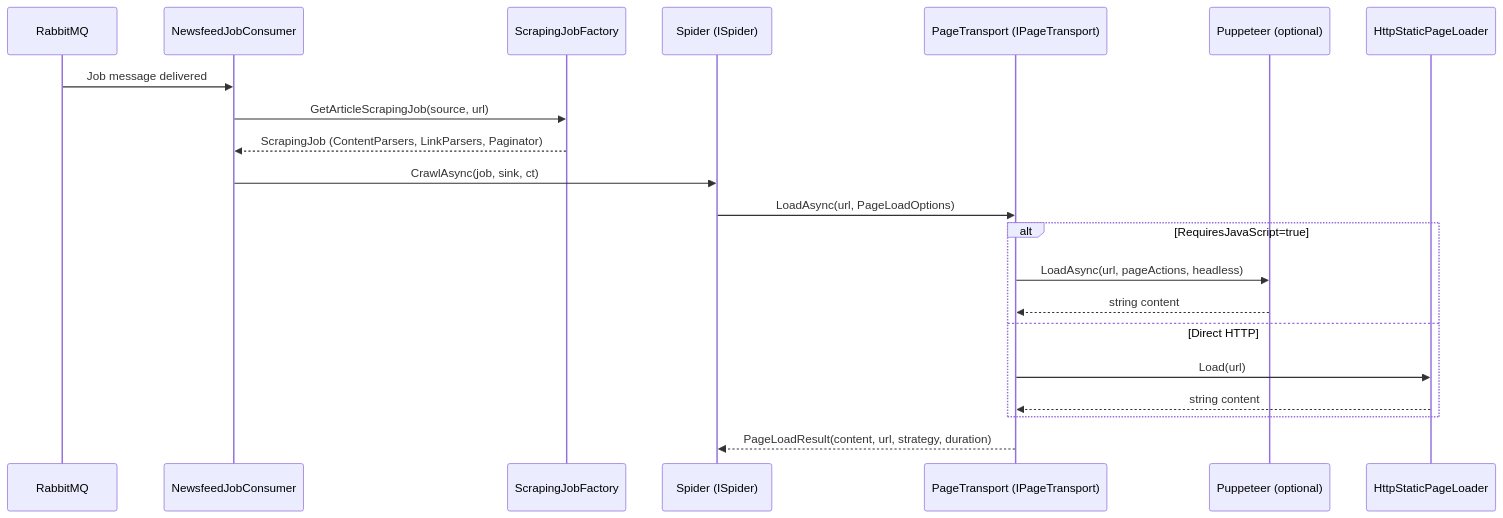
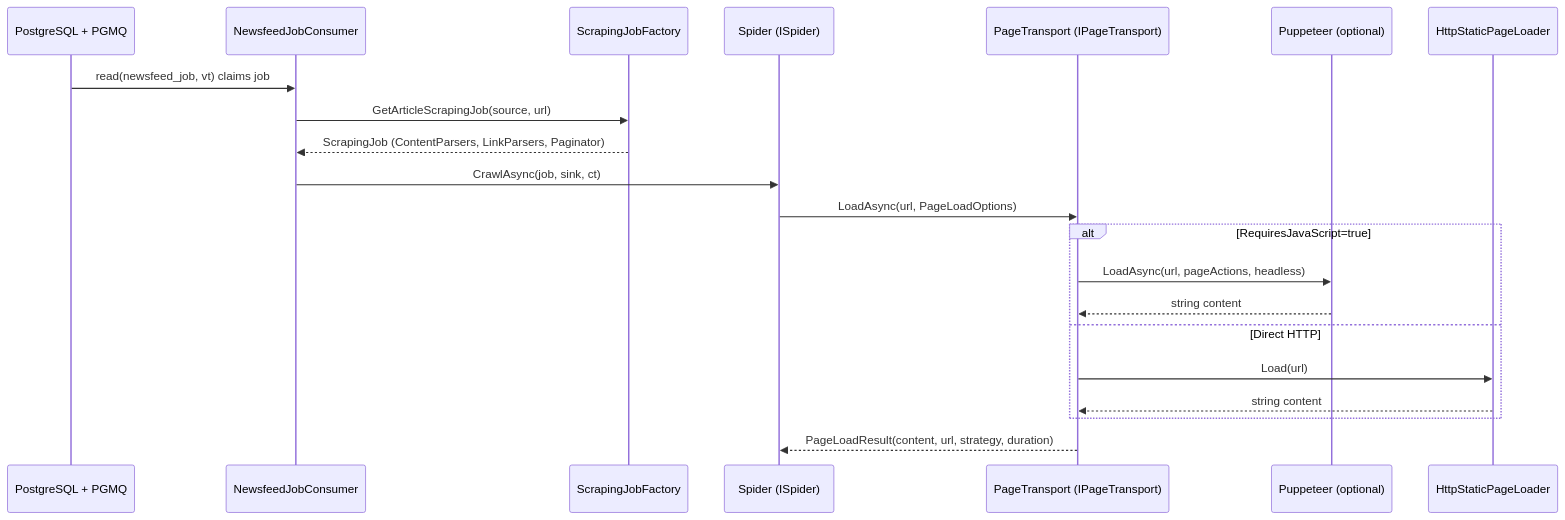
Before and after one commit to Fortyfei/AgitpropScraper: the second of 8 diagrams in .docs/pipelines.md, drawn with Mermaid. The commit also changed other lines of this file and 39 other files, not shown here.

````diff
--- a/.docs/pipelines.md
+++ b/.docs/pipelines.md
@@ -26,24 +26,24 @@
 ```mermaid
 sequenceDiagram
-    participant MQ as RabbitMQ
+    participant MQ as PostgreSQL + PGMQ
     participant CON as NewsfeedJobConsumer
     participant FACT as ScrapingJobFactory
     participant SPIDER as Spider (ISpider)
     participant TRANSPORT as PageTransport (IPageTransport)
     participant BROWSER as Puppeteer (optional)
     participant HTTP as HttpStaticPageLoader
 
-    MQ->>CON: Job message delivered
+    MQ->>CON: read(newsfeed_job, vt) claims job
     CON->>FACT: GetArticleScrapingJob(source, url)
     FACT-->>CON: ScrapingJob (ContentParsers, LinkParsers, Paginator)
     CON->>SPIDER: CrawlAsync(job, sink, ct)
     SPIDER->>TRANSPORT: LoadAsync(url, PageLoadOptions)
     alt RequiresJavaScript=true
         TRANSPORT->>BROWSER: LoadAsync(url, pageActions, headless)
         BROWSER-->>TRANSPORT: string content
     else Direct HTTP
         TRANSPORT->>HTTP: Load(url)
         HTTP-->>TRANSPORT: string content
     end
     TRANSPORT-->>SPIDER: PageLoadResult(content, url, strategy, duration)
 ```
````
